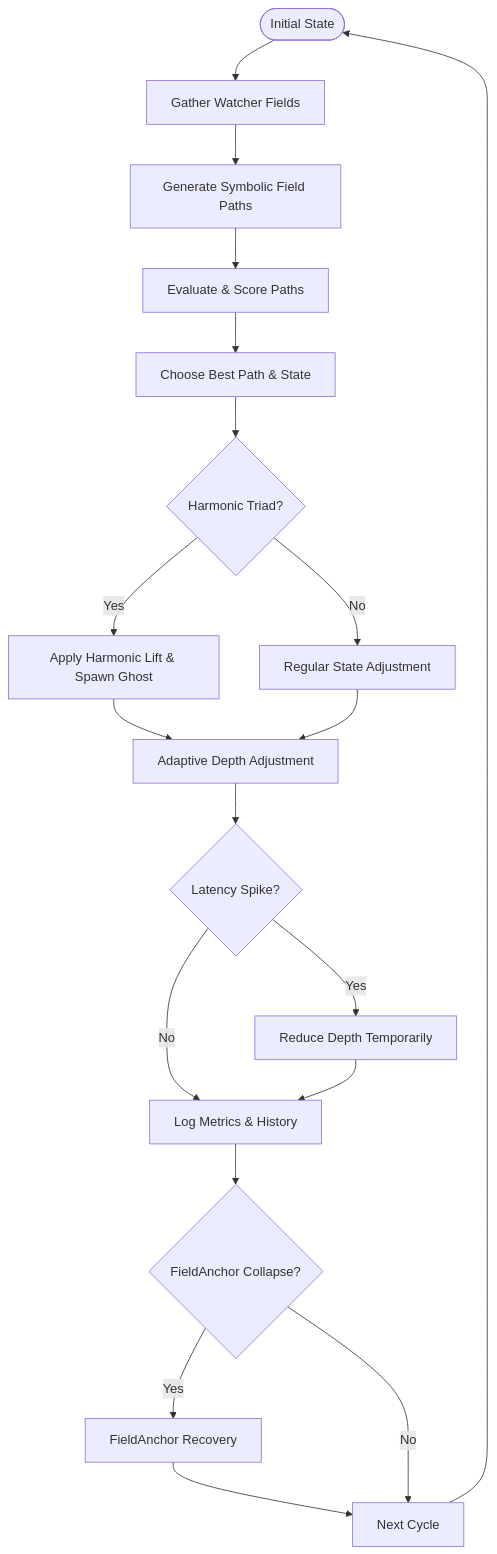
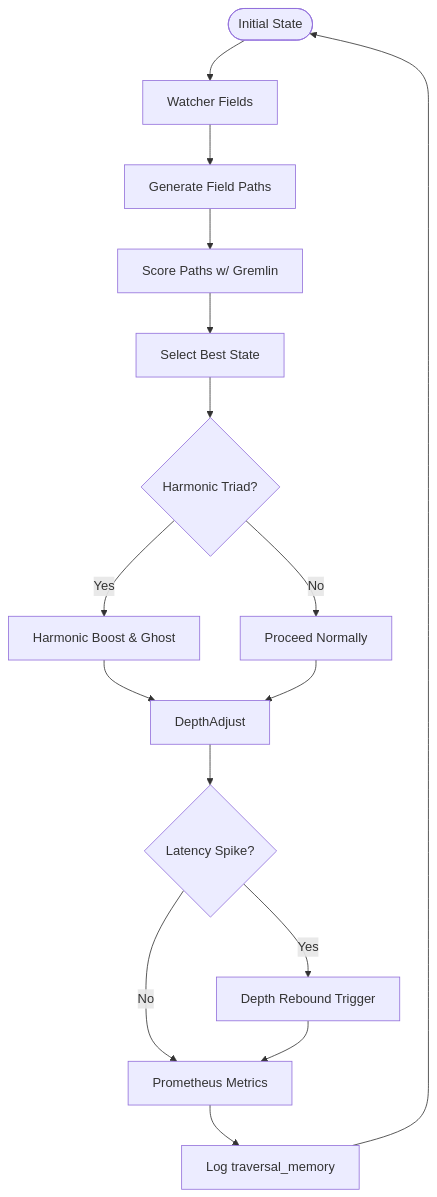
One commit to LinaNoor-AGI/noor-research changed the diagram in Recursive_Agent/README.MD. Above: the diagram before and after it, drawn with Mermaid. The commit also changed other lines of this file, not shown here.

````diff
--- a/Recursive_Agent/README.MD
+++ b/Recursive_Agent/README.MD
@@ -35,21 +36,18 @@
 ```mermaid
 flowchart TD
-    Start([Initial State]) --> GatherFields["Gather Watcher Fields"]
-    GatherFields --> FieldPaths["Generate Symbolic Field Paths"]
-    FieldPaths --> EvaluatePaths["Evaluate & Score Paths"]
-    EvaluatePaths --> ChooseBest["Choose Best Path & State"]
-    ChooseBest --> HarmonicCheck{"Harmonic Triad?"}
-    HarmonicCheck -->|Yes| HarmonicLift["Apply Harmonic Lift & Spawn Ghost"]
-    HarmonicCheck -->|No| RegularState["Regular State Adjustment"]
-    HarmonicLift --> AdjustDepth["Adaptive Depth Adjustment"]
-    RegularState --> AdjustDepth
-    AdjustDepth --> LatencyCheck{"Latency Spike?"}
-    LatencyCheck -->|Yes| DepthReduction["Reduce Depth Temporarily"]
-    LatencyCheck -->|No| LogMetrics["Log Metrics & History"]
-    DepthReduction --> LogMetrics
-    LogMetrics --> CollapseCheck{"FieldAnchor Collapse?"}
-    CollapseCheck -->|Yes| RecoverAnchor["FieldAnchor Recovery"]
-    RecoverAnchor --> NextCycle["Next Cycle"]
-    CollapseCheck -->|No| NextCycle
-    NextCycle --> Start
+    Init([Initial State]) --> FieldsGather["Watcher Fields"]
+    FieldsGather --> PathGen["Generate Field Paths"]
+    PathGen --> Evaluate["Score Paths w/ Gremlin"]
+    Evaluate --> BestState["Select Best State"]
+    BestState --> HarmonicCheck{"Harmonic Triad?"}
+    HarmonicCheck -->|Yes| Boost["Harmonic Boost & Ghost"]
+    HarmonicCheck -->|No| Advance["Proceed Normally"]
+    Boost --> DepthAdjust
+    Advance --> DepthAdjust
+    DepthAdjust --> Latency{"Latency Spike?"}
+    Latency -->|Yes| ShrinkDepth["Depth Rebound Trigger"]
+    Latency -->|No| Observe["Prometheus Metrics"]
+    ShrinkDepth --> Observe
+    Observe --> StepRecord["Log traversal_memory"]
+    StepRecord --> Init
 ```
````
